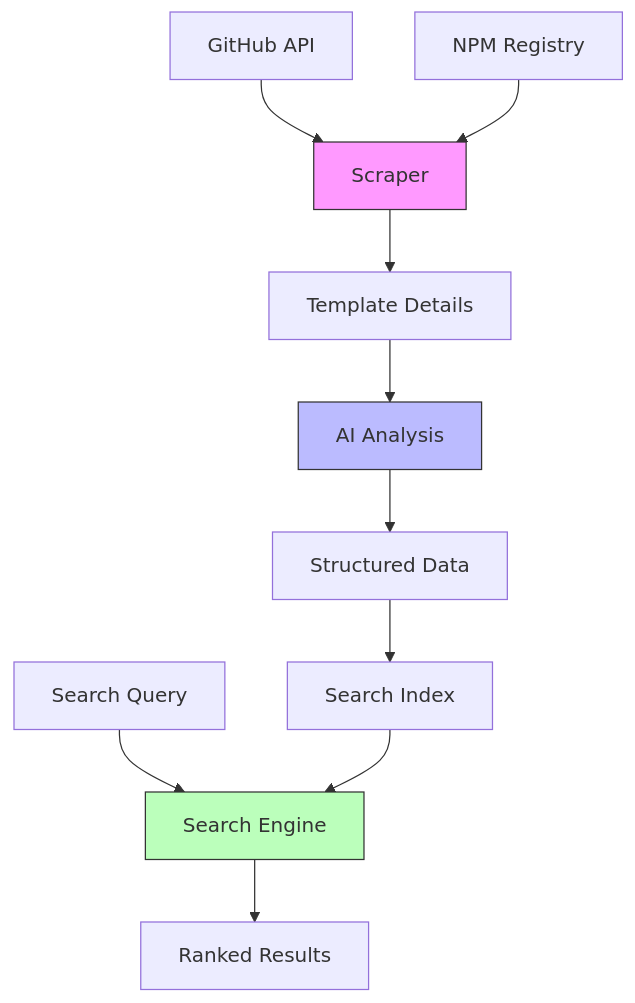
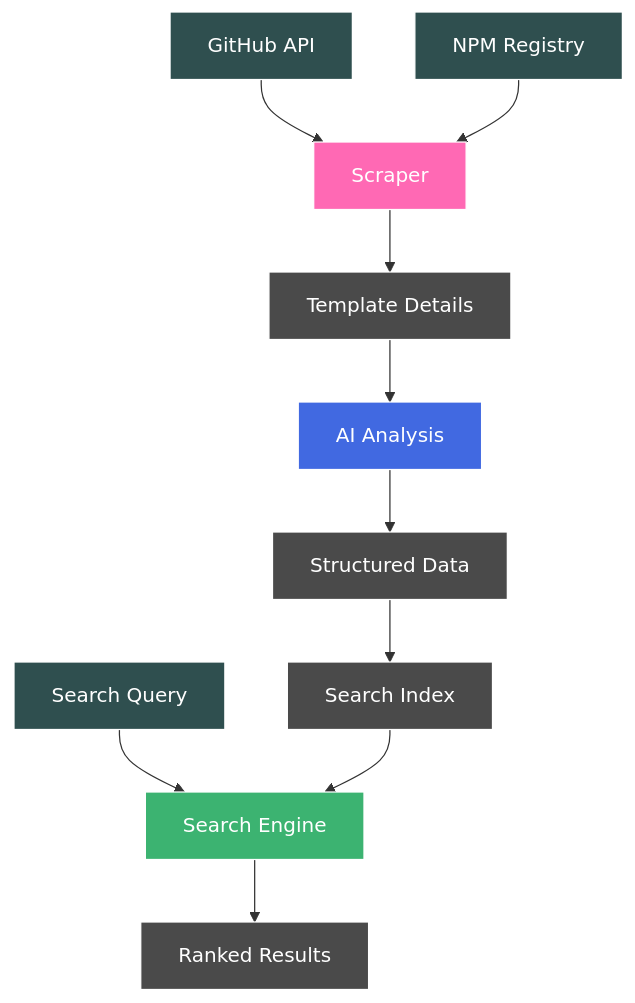
Before and after one commit to thisistheaj/slot-starters: the diagram in README.md, drawn with Mermaid. The commit also changed 3 other files, not shown here.

````diff
--- a/README.md
+++ b/README.md
@@ -21,16 +21,23 @@
 ```mermaid
 graph TD
     A[GitHub API] --> C[Scraper]
     B[NPM Registry] --> C
     C --> D[Template Details]
     D --> E[AI Analysis]
     E --> F[Structured Data]
     F --> G[Search Index]
     H[Search Query] --> I[Search Engine]
     G --> I
     I --> J[Ranked Results]
 
-    style C fill:#f9f,stroke:#333
-    style E fill:#bbf,stroke:#333
-    style I fill:#bfb,stroke:#333
+    style C fill:#FF69B4,stroke:#fff,color:#fff
+    style E fill:#4169E1,stroke:#fff,color:#fff
+    style I fill:#3CB371,stroke:#fff,color:#fff
+    style A fill:#2F4F4F,stroke:#fff,color:#fff
+    style B fill:#2F4F4F,stroke:#fff,color:#fff
+    style D fill:#4A4A4A,stroke:#fff,color:#fff
+    style F fill:#4A4A4A,stroke:#fff,color:#fff
+    style G fill:#4A4A4A,stroke:#fff,color:#fff
+    style H fill:#2F4F4F,stroke:#fff,color:#fff
+    style J fill:#4A4A4A,stroke:#fff,color:#fff
 ```
````
